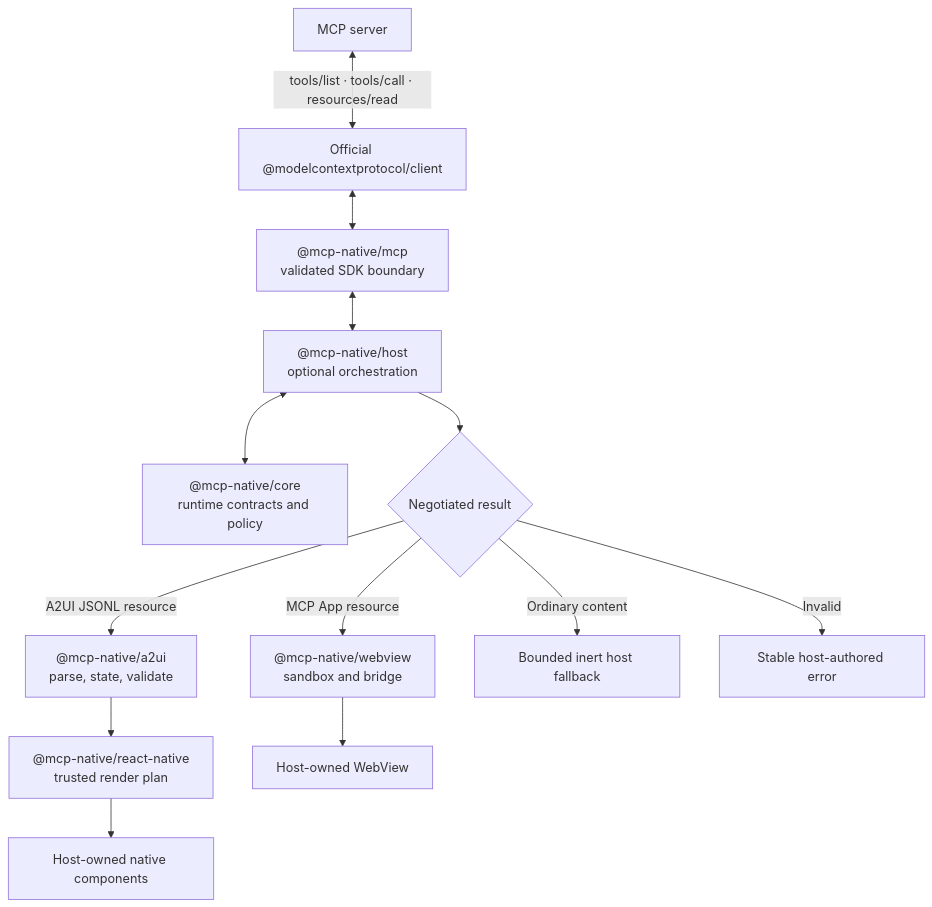
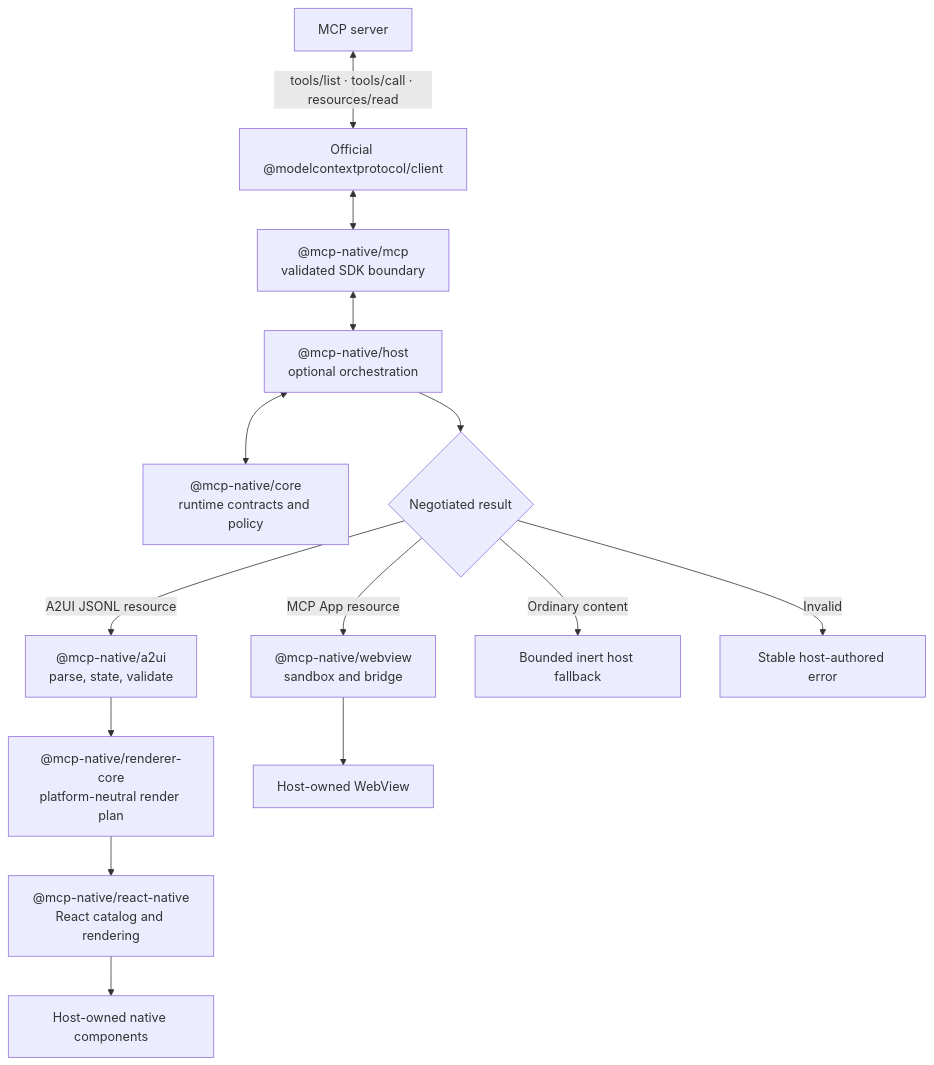
The diagram in docs/RFC-0001-architecture.md (pablospaniard/mcp-native), drawn with Mermaid before and after one commit. The commit also changed other lines of this file and 69 other files, not shown here.

First line of the commit message:
Complete platform-neutral renderer foundation (#140)

````diff
--- a/docs/RFC-0001-architecture.md
+++ b/docs/RFC-0001-architecture.md
@@ -34,15 +47,16 @@
 ```mermaid
 flowchart TD
     Server["MCP server"] <-->|"tools/list · tools/call · resources/read"| Client["Official @modelcontextprotocol/client"]
     Client <--> Adapter["@mcp-native/mcp<br/>validated SDK boundary"]
     Adapter <--> Host["@mcp-native/host<br/>optional orchestration"]
     Host <--> Core["@mcp-native/core<br/>runtime contracts and policy"]
     Host --> Result{"Negotiated result"}
     Result -->|"A2UI JSONL resource"| A2UI["@mcp-native/a2ui<br/>parse, state, validate"]
-    A2UI --> RN["@mcp-native/react-native<br/>trusted render plan"]
+    A2UI --> RC["@mcp-native/renderer-core<br/>platform-neutral render plan"]
+    RC --> RN["@mcp-native/react-native<br/>React catalog and rendering"]
     RN --> Native["Host-owned native components"]
     Result -->|"MCP App resource"| Apps["@mcp-native/webview<br/>sandbox and bridge"]
     Apps --> WebView["Host-owned WebView"]
     Result -->|"Ordinary content"| Ordinary["Bounded inert host fallback"]
     Result -->|"Invalid"| Error["Stable host-authored error"]
 ```
````
